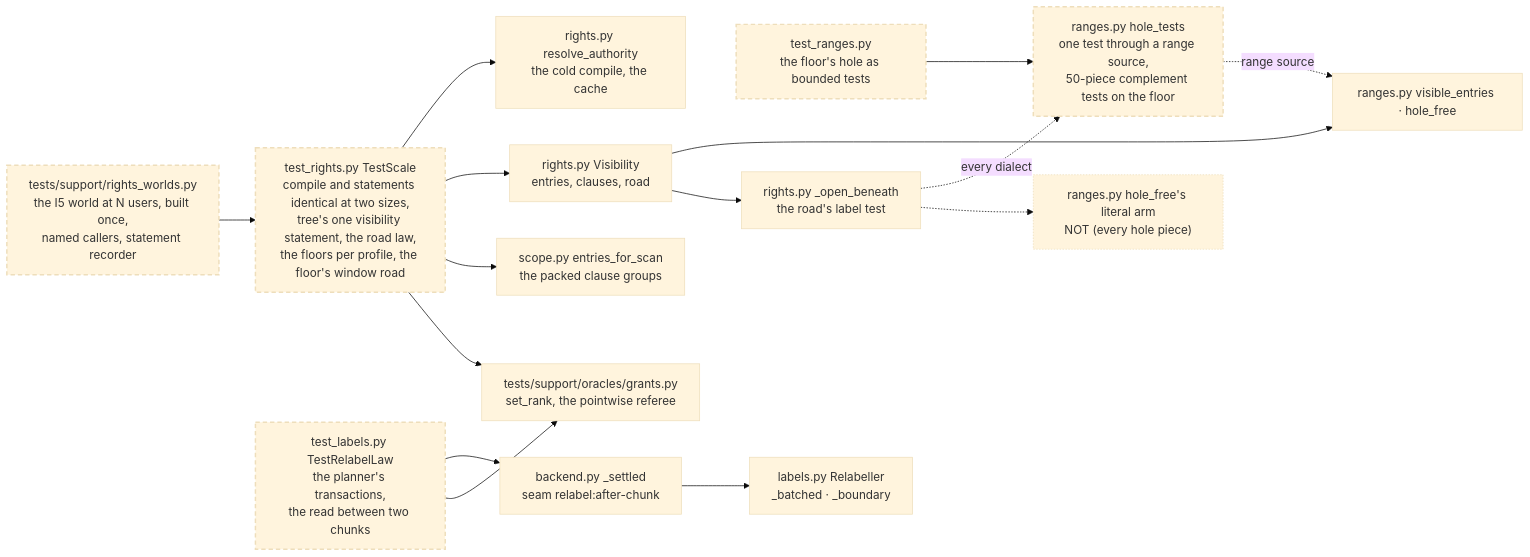
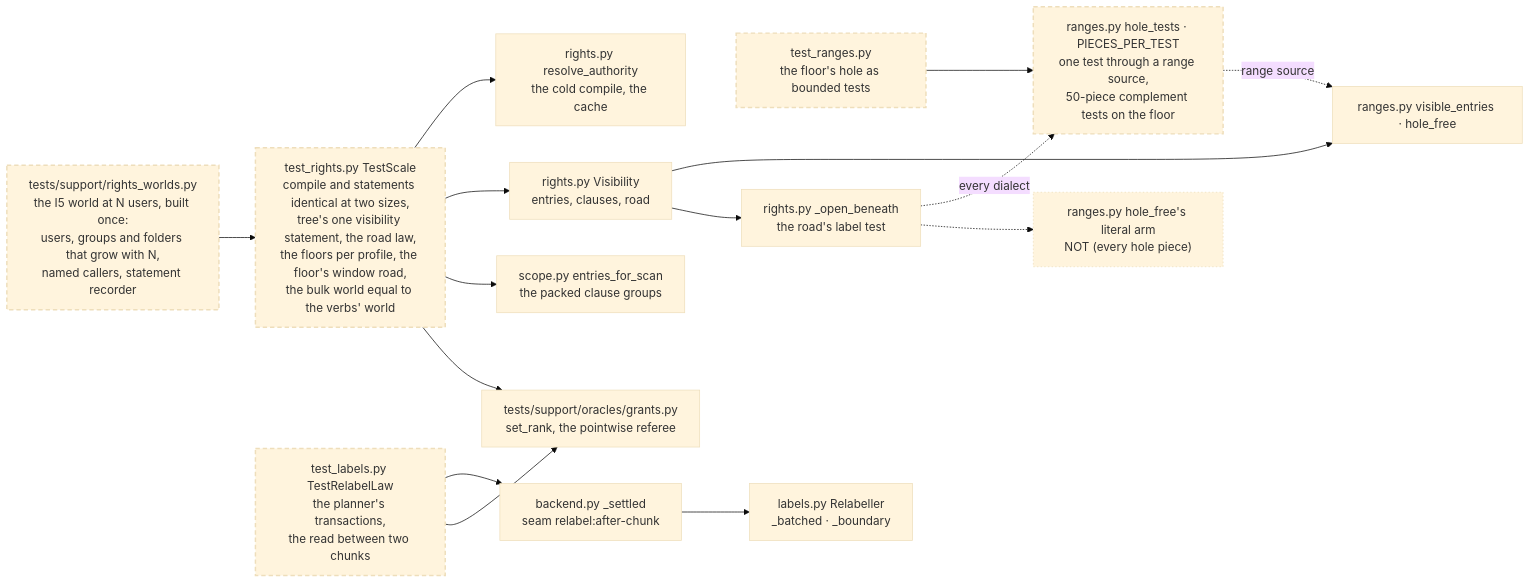
One commit to ClayGendron/vfs changed the diagram in context/specifications/active/2026-11-14-the-rights-compile-is-the-same-at-every-world-size.md. Above: the diagram before and after it, drawn with Mermaid (base theme). The commit also changed other lines of this file and 47 other files, not shown here.

````diff
--- a/context/specifications/active/2026-11-14-the-rights-compile-is-the-same-at-every-world-size.md
+++ b/context/specifications/active/2026-11-14-the-rights-compile-is-the-same-at-every-world-size.md
@@ -33,34 +33,34 @@
 ```mermaid
 flowchart LR
   classDef planned stroke-dasharray: 6 4,stroke-width:2px;
-  classDef retiring stroke-dasharray: 2 2;
-  WORLDS["tests/support/rights_worlds.py<br/>the I5 world at N users, built once,<br/>named callers, statement recorder"]
-  SCALE["test_rights.py TestScale<br/>compile and statements identical at two sizes,<br/>tree's one visibility statement, the road law,<br/>the floors per profile, the floor's window road"]
+  classDef retiring stroke-dasharray: 2 3;
+  WORLDS["tests/support/rights_worlds.py<br/>the I5 world at N users, built once:<br/>users, groups and folders that grow with N,<br/>named callers, statement recorder"]
+  SCALE["test_rights.py TestScale<br/>compile and statements identical at two sizes,<br/>tree's one visibility statement, the road law,<br/>the floors per profile, the floor's window road,<br/>the bulk world equal to the verbs' world"]
   LAW["test_labels.py TestRelabelLaw<br/>the planner's transactions,<br/>the read between two chunks"]
   HOLE["test_ranges.py<br/>the floor's hole as bounded tests"]
   ORACLE["tests/support/oracles/grants.py<br/>set_rank, the pointwise referee"]
   RESOLVE["rights.py resolve_authority<br/>the cold compile, the cache"]
   VIEW["rights.py Visibility<br/>entries, clauses, road"]
   OPEN["rights.py _open_beneath<br/>the road's label test"]
   RANGES["ranges.py visible_entries · hole_free"]
-  TESTS["ranges.py hole_tests<br/>one test through a range source,<br/>50-piece complement tests on the floor"]
+  TESTS["ranges.py hole_tests · PIECES_PER_TEST<br/>one test through a range source,<br/>50-piece complement tests on the floor"]
   LITERAL["ranges.py hole_free's literal arm<br/>NOT (every hole piece)"]
   SCAN["scope.py entries_for_scan<br/>the packed clause groups"]
   RELABEL["labels.py Relabeller<br/>_batched · _boundary"]
   SEAM["backend.py _settled<br/>seam relabel:after-chunk"]
   WORLDS --> SCALE
   SCALE --> RESOLVE
   SCALE --> VIEW
   SCALE --> SCAN
   VIEW --> RANGES
   VIEW --> OPEN
   OPEN -. "every dialect" .-> TESTS
   TESTS -. "range source" .-> RANGES
   OPEN -.-> LITERAL
   LAW --> SEAM --> RELABEL
   LAW --> ORACLE
   SCALE --> ORACLE
   HOLE --> TESTS
   class WORLDS,SCALE,LAW,HOLE,TESTS planned
   class LITERAL retiring
 ```
````
